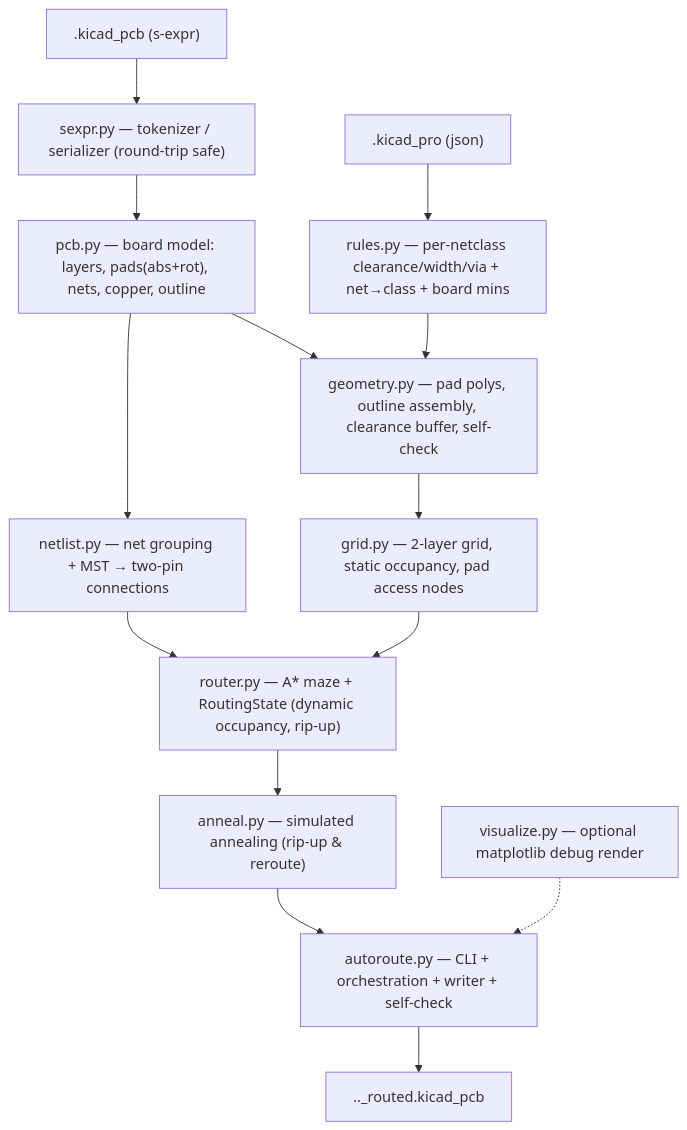
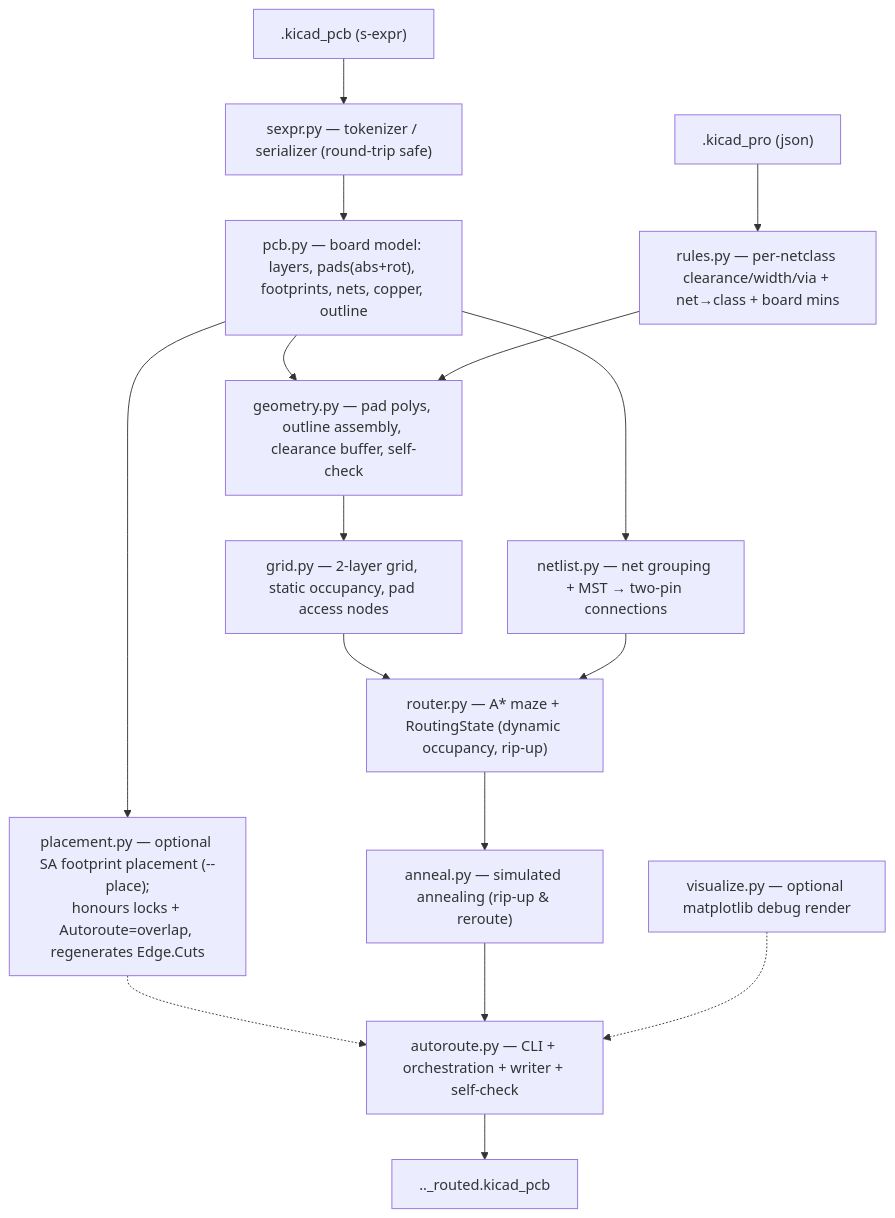
Before and after one commit to dqmcdonald/PyAutoRoute: the diagram in docs/architecture.md, drawn with Mermaid. The commit also changed other lines of this file and 11 other files, not shown here.

First line of the commit message:
feat: experimental --place footprint auto-placement

````diff
--- a/docs/architecture.md
+++ b/docs/architecture.md
@@ -20,16 +20,18 @@
 ```mermaid
 flowchart TD
   PCB[".kicad_pcb (s-expr)"] --> sexpr
   PRO[".kicad_pro (json)"] --> rules
   sexpr["sexpr.py — tokenizer / serializer (round-trip safe)"] --> pcb
-  pcb["pcb.py — board model: layers, pads(abs+rot), nets, copper, outline"] --> netlist
+  pcb["pcb.py — board model: layers, pads(abs+rot), footprints, nets, copper, outline"] --> netlist
+  pcb --> placement
+  placement["placement.py — optional SA footprint placement (--place);<br/>honours locks + Autoroute=overlap, regenerates Edge.Cuts"] -.-> autoroute
   pcb --> geometry
   rules["rules.py — per-netclass clearance/width/via + net→class + board mins"] --> geometry
   geometry["geometry.py — pad polys, outline assembly, clearance buffer, self-check"] --> grid
   grid["grid.py — 2-layer grid, static occupancy, pad access nodes"] --> router
   netlist["netlist.py — net grouping + MST → two-pin connections"] --> router
   router["router.py — A* maze + RoutingState (dynamic occupancy, rip-up)"] --> anneal
   anneal["anneal.py — simulated annealing (rip-up & reroute)"] --> autoroute
   autoroute["autoroute.py — CLI + orchestration + writer + self-check"] --> OUT[".._routed.kicad_pcb"]
   visualize["visualize.py — optional matplotlib debug render"] -.-> autoroute
 ```
````
